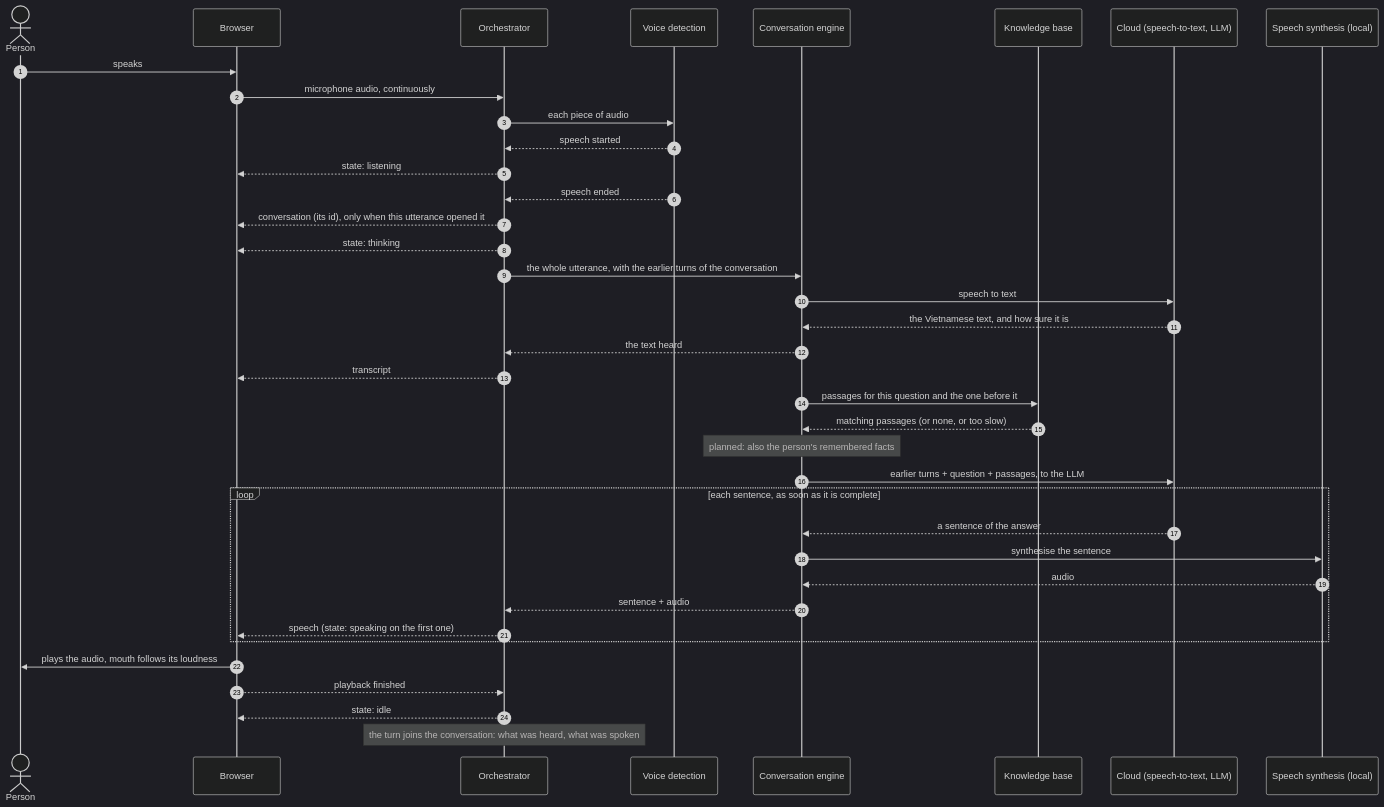
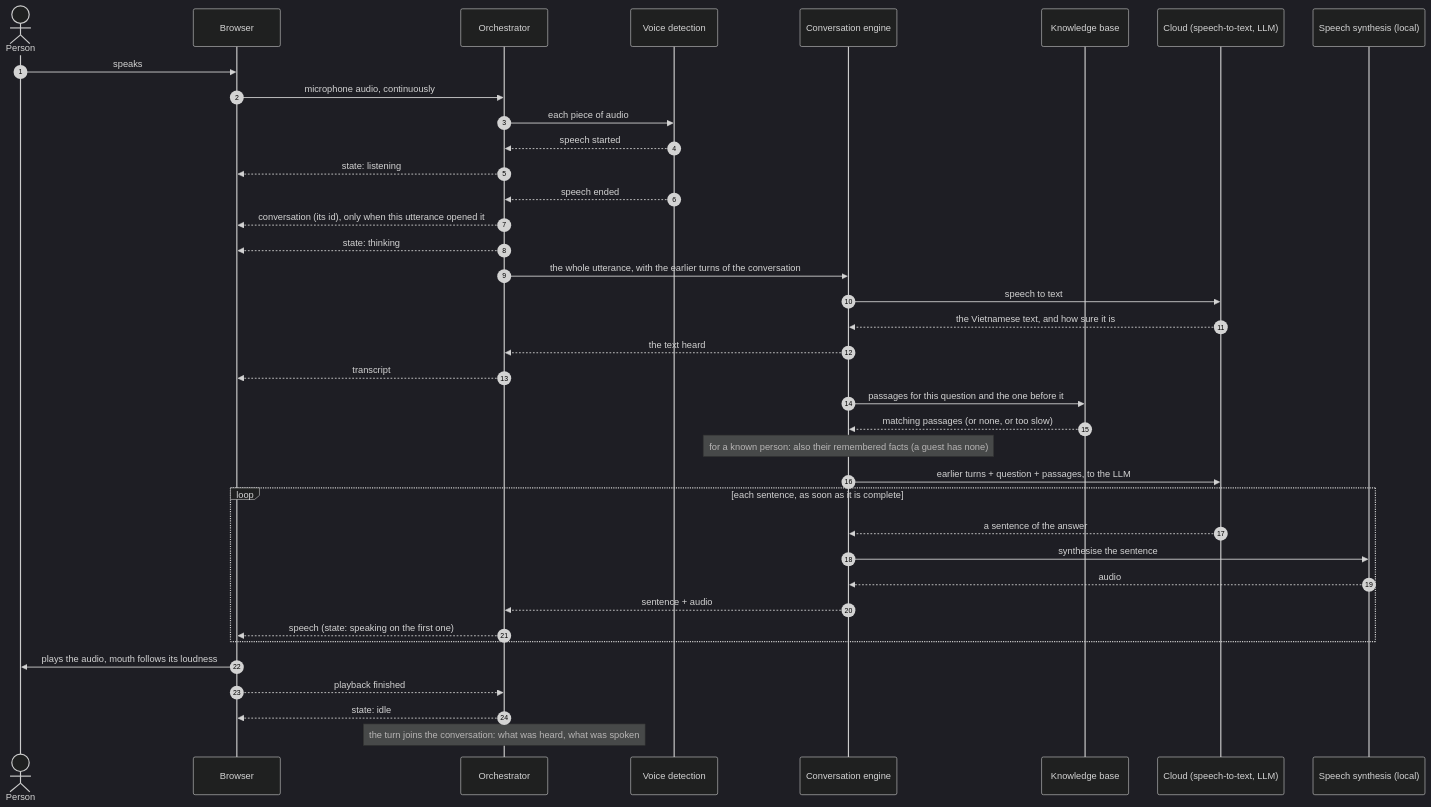
Before and after one commit to Learnheart/Avatar_AI: the fifth of 9 diagrams in docs/ARCHITECTURE.md, drawn with Mermaid (dark theme). The commit also changed other lines of this file and 6 other files, not shown here.

````diff
--- a/docs/ARCHITECTURE.md
+++ b/docs/ARCHITECTURE.md
@@ -375,41 +385,41 @@
 ```mermaid
 sequenceDiagram
     autonumber
     actor P as Person
     participant F as Browser
     participant O as Orchestrator
     participant V as Voice detection
     participant E as Conversation engine
     participant K as Knowledge base
     participant C as Cloud (speech-to-text, LLM)
     participant T as Speech synthesis (local)
 
     P->>F: speaks
     F->>O: microphone audio, continuously
     O->>V: each piece of audio
     V-->>O: speech started
     O-->>F: state: listening
     V-->>O: speech ended
     O-->>F: conversation (its id), only when this utterance opened it
     O-->>F: state: thinking
     O->>E: the whole utterance, with the earlier turns of the conversation
     E->>C: speech to text
     C-->>E: the Vietnamese text, and how sure it is
     E-->>O: the text heard
     O-->>F: transcript
     E->>K: passages for this question and the one before it
     K-->>E: matching passages (or none, or too slow)
-    Note over E: planned: also the person's remembered facts
+    Note over E: for a known person: also their remembered facts (a guest has none)
     E->>C: earlier turns + question + passages, to the LLM
     loop each sentence, as soon as it is complete
         C-->>E: a sentence of the answer
         E->>T: synthesise the sentence
         T-->>E: audio
         E-->>O: sentence + audio
         O-->>F: speech (state: speaking on the first one)
     end
     F->>P: plays the audio, mouth follows its loudness
     F-->>O: playback finished
     O-->>F: state: idle
     Note over O: the turn joins the conversation: what was heard, what was spoken
 ```
````
